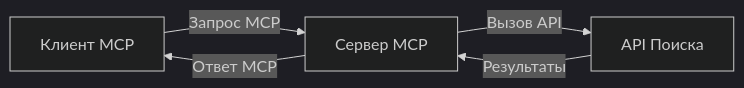
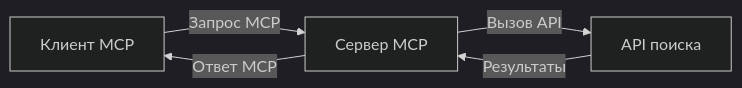
One commit to microsoft/mcp-for-beginners changed the second of 4 diagrams in translations/ru/05-AdvancedTopics/mcp-realtimesearch/README.md. Above: the diagram before and after it, drawn with Mermaid (dark theme). The commit also changed other lines of this file and 136 other files, not shown here.

````diff
--- a/translations/ru/05-AdvancedTopics/mcp-realtimesearch/README.md
+++ b/translations/ru/05-AdvancedTopics/mcp-realtimesearch/README.md
@@ -598,7 +600,7 @@
 ```mermaid
 graph LR
     Client[Клиент MCP] --> |Запрос MCP| Server[Сервер MCP]
-    Server --> |Вызов API| SearchAPI[API Поиска]
+    Server --> |Вызов API| SearchAPI[API поиска]
     SearchAPI --> |Результаты| Server
     Server --> |Ответ MCP| Client
 ```
````
